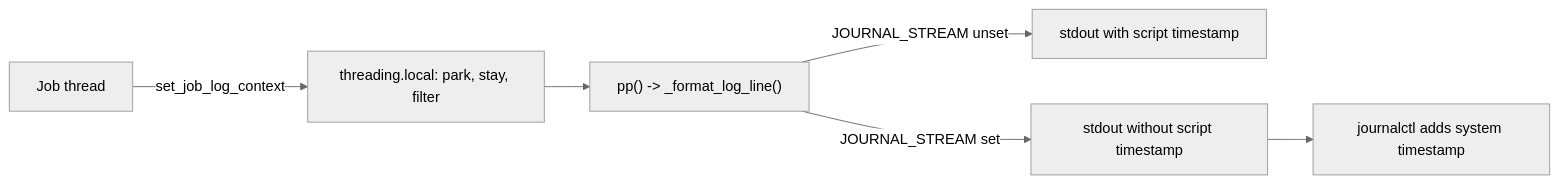
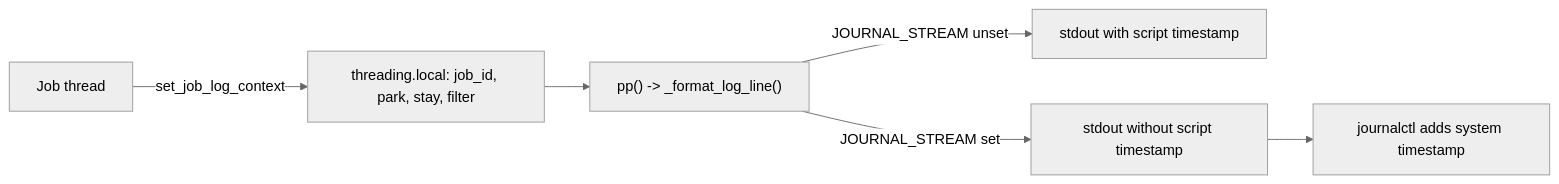
The third of 3 diagrams in docs/architecture.md (Mukrosz/campslinger), drawn with Mermaid (neutral theme) before and after one commit. The commit also changed other lines of this file and 12 other files, not shown here.

````diff
--- a/docs/architecture.md
+++ b/docs/architecture.md
@@ -107,8 +120,8 @@
 ```mermaid
 flowchart LR
-    job[Job thread] -->|set_job_log_context| ctx["threading.local: park, stay, filter"]
+    job[Job thread] -->|set_job_log_context| ctx["threading.local: job_id, park, stay, filter"]
     ctx --> pp["pp() -> _format_log_line()"]
     pp -->|JOURNAL_STREAM unset| shell["stdout with script timestamp"]
     pp -->|JOURNAL_STREAM set| journald["stdout without script timestamp"]
     journald --> journalctl["journalctl adds system timestamp"]
 ```
````
